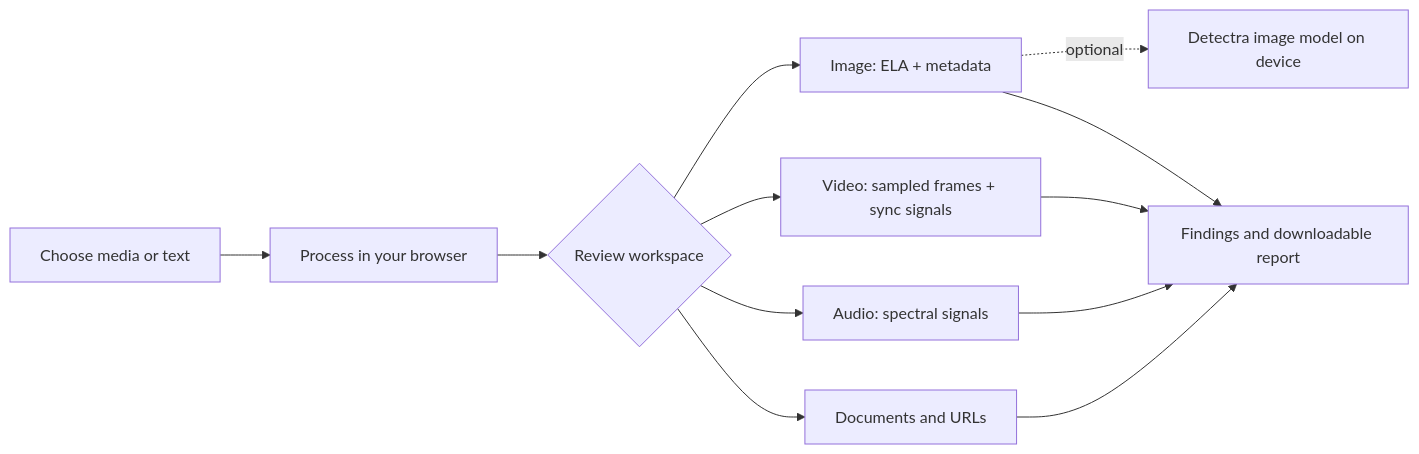
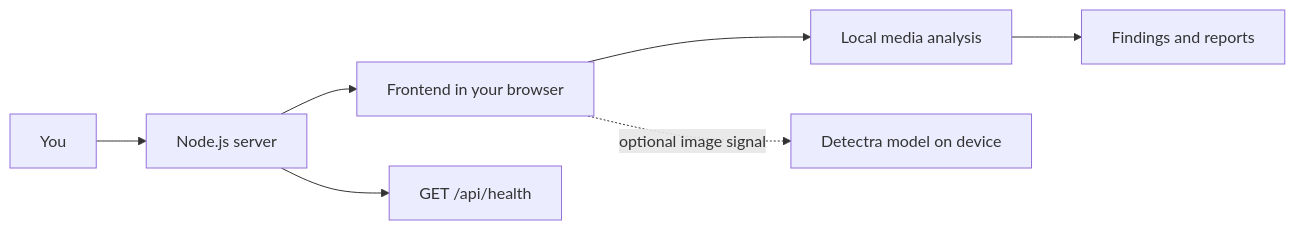
One commit to Harshitsingh666/DeepGuard-AI changed the diagram in README.md. Above: the diagram before and after it, drawn with Mermaid. The commit also changed other lines of this file, not shown here.

Commit message:
Document separated frontend and backend folders

````diff
--- a/README.md
+++ b/README.md
@@ -32,14 +52,9 @@
 ```mermaid
 flowchart LR
-    A[Choose media or text] --> B[Process in your browser]
-    B --> C{Review workspace}
-    C --> D[Image: ELA + metadata]
-    C --> E[Video: sampled frames + sync signals]
-    C --> F[Audio: spectral signals]
-    C --> G[Documents and URLs]
-    D -. optional .-> H[Detectra image model on device]
-    D --> I[Findings and downloadable report]
-    E --> I
-    F --> I
-    G --> I
+    U[You] --> S[Node.js server]
+    S --> F[Frontend in your browser]
+    F --> A[Local media analysis]
+    F -. optional image signal .-> M[Detectra model on device]
+    S --> H[GET /api/health]
+    A --> R[Findings and reports]
 ```
````
